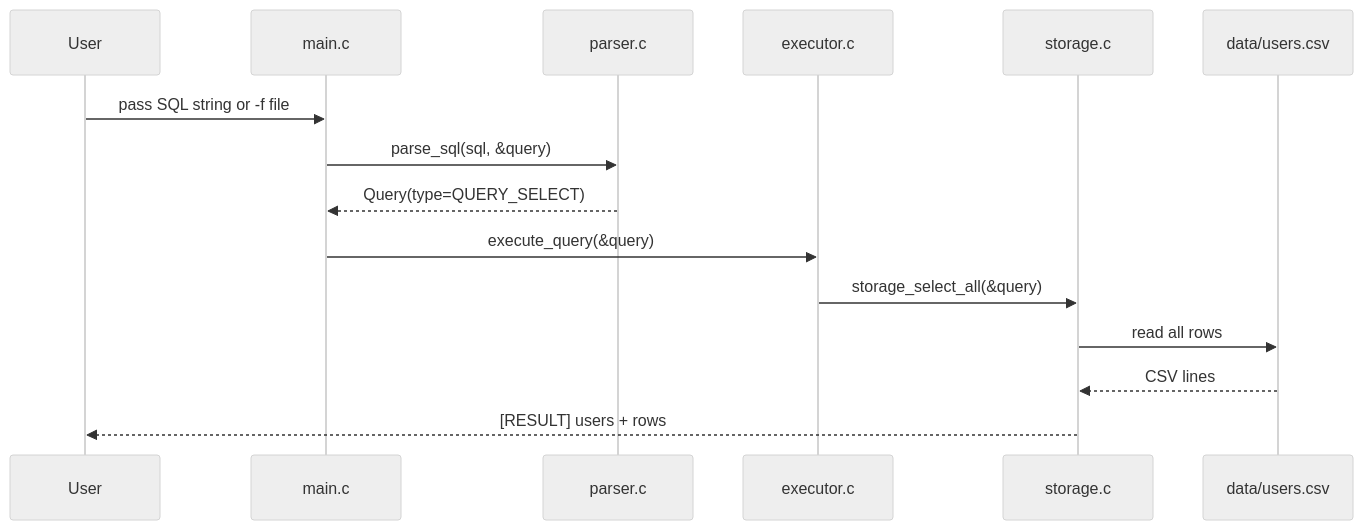
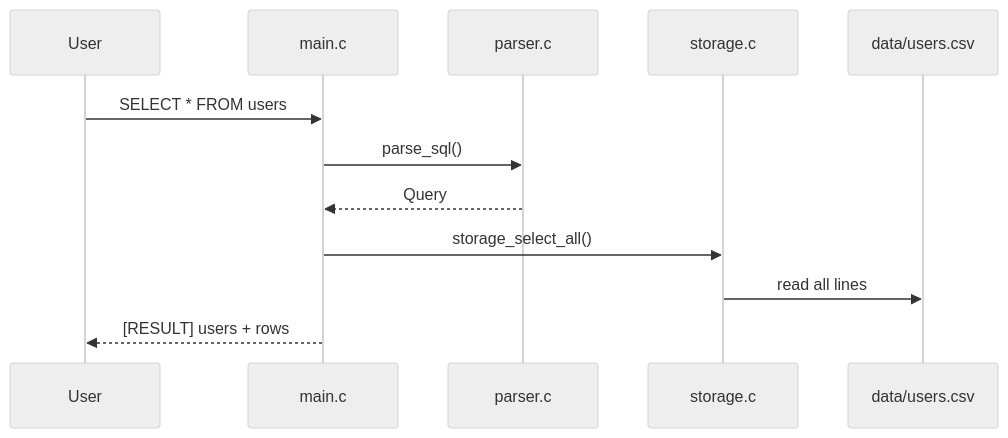
One commit to JEONWOOHYUN-hydromel/Krafton_Jungle_Wednesday_Codex_Week6 changed the third of 3 diagrams in README.md. Above: the diagram before and after it, drawn with Mermaid (neutral theme). The commit also changed other lines of this file and 9 other files, not shown here.

````diff
--- a/README.md
+++ b/README.md
@@ -128,18 +116,15 @@
 ```mermaid
 sequenceDiagram
     participant User
     participant Main as main.c
     participant Parser as parser.c
-    participant Executor as executor.c
     participant Storage as storage.c
     participant CSV as data/users.csv
 
-    User->>Main: pass SQL string or -f file
-    Main->>Parser: parse_sql(sql, &query)
-    Parser-->>Main: Query(type=QUERY_SELECT)
-    Main->>Executor: execute_query(&query)
-    Executor->>Storage: storage_select_all(&query)
-    Storage->>CSV: read all rows
-    CSV-->>Storage: CSV lines
-    Storage-->>User: [RESULT] users + rows
+    User->>Main: SELECT * FROM users;
+    Main->>Parser: parse_sql()
+    Parser-->>Main: Query
+    Main->>Storage: storage_select_all()
+    Storage->>CSV: read all lines
+    Main-->>User: [RESULT] users + rows
 ```
````
